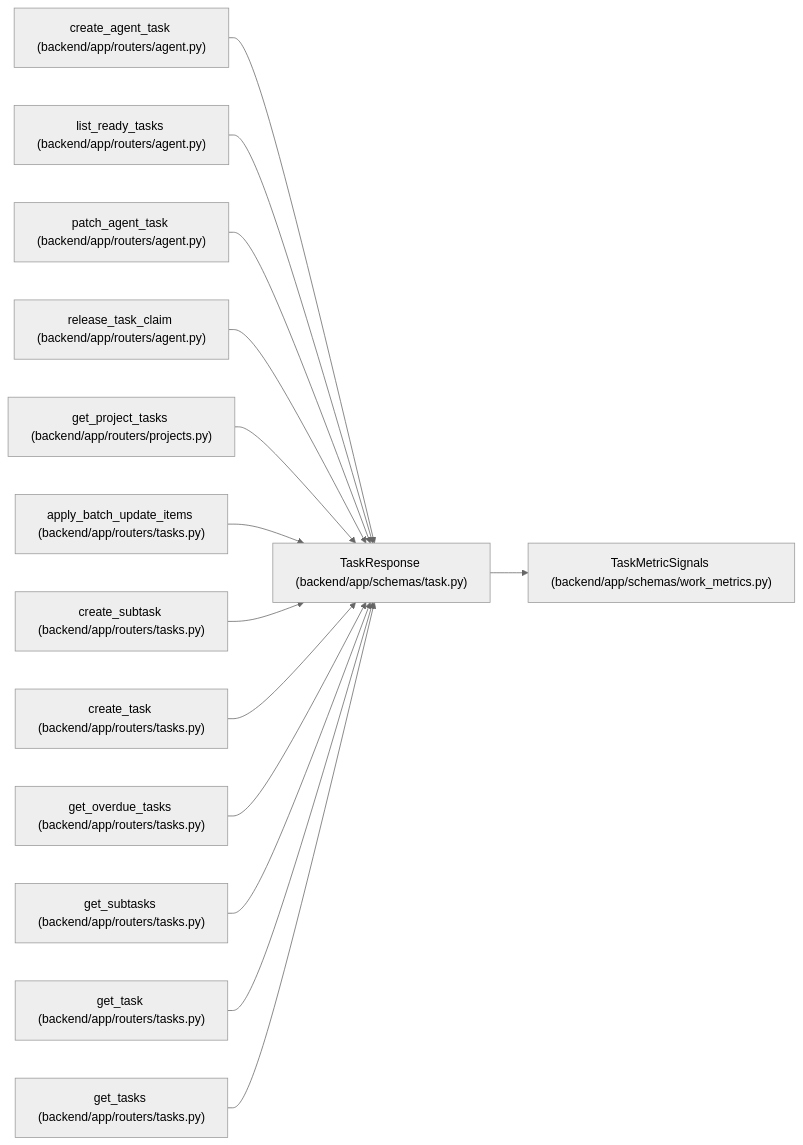
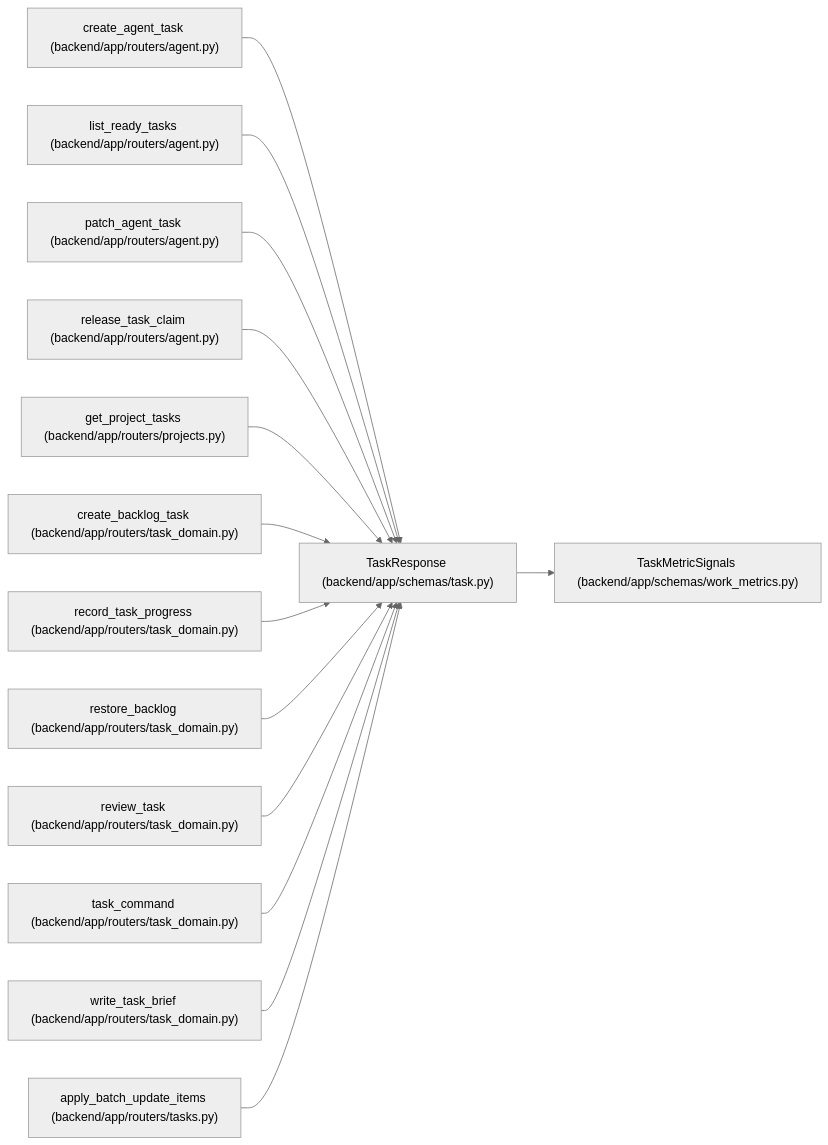
Before and after one commit to Denissvgn/WorkChord: the diagram in docs/llm_wiki/entities/TaskResponse.md, drawn with Mermaid (neutral theme). The commit also changed other lines of this file and 1238 other files, not shown here.

First line of the commit message:
docs(wiki): publish compact canonical domain architecture

````diff
--- a/docs/llm_wiki/entities/TaskResponse.md
+++ b/docs/llm_wiki/entities/TaskResponse.md
@@ -78,44 +94,44 @@
 ```mermaid
 flowchart LR
     n0["TaskResponse (backend/app/schemas/task.py)"]
     n1["TaskMetricSignals (backend/app/schemas/work_metrics.py)"]
     n2["create_agent_task (backend/app/routers/agent.py)"]
     n3["list_ready_tasks (backend/app/routers/agent.py)"]
     n4["patch_agent_task (backend/app/routers/agent.py)"]
     n5["release_task_claim (backend/app/routers/agent.py)"]
     n6["get_project_tasks (backend/app/routers/projects.py)"]
-    n7["apply_batch_update_items (backend/app/routers/tasks.py)"]
-    n8["create_subtask (backend/app/routers/tasks.py)"]
-    n9["create_task (backend/app/routers/tasks.py)"]
-    n10["get_overdue_tasks (backend/app/routers/tasks.py)"]
-    n11["get_subtasks (backend/app/routers/tasks.py)"]
-    n12["get_task (backend/app/routers/tasks.py)"]
-    n13["get_tasks (backend/app/routers/tasks.py)"]
+    n7["create_backlog_task (backend/app/routers/task_domain.py)"]
+    n8["record_task_progress (backend/app/routers/task_domain.py)"]
+    n9["restore_backlog (backend/app/routers/task_domain.py)"]
+    n10["review_task (backend/app/routers/task_domain.py)"]
+    n11["task_command (backend/app/routers/task_domain.py)"]
+    n12["write_task_brief (backend/app/routers/task_domain.py)"]
+    n13["apply_batch_update_items (backend/app/routers/tasks.py)"]
     n0 --> n1
     n2 --> n0
     n3 --> n0
     n4 --> n0
     n5 --> n0
     n6 --> n0
     n7 --> n0
     n8 --> n0
     n9 --> n0
     n10 --> n0
     n11 --> n0
     n12 --> n0
     n13 --> n0
     click n0 "../modules/schemas_task.md"
     click n1 "../modules/schemas_work_metrics.md"
     click n2 "../modules/routers_agent.md"
     click n3 "../modules/routers_agent.md"
     click n4 "../modules/routers_agent.md"
     click n5 "../modules/routers_agent.md"
     click n6 "../modules/projects.md"
-    click n7 "../modules/tasks.md"
-    click n8 "../modules/tasks.md"
-    click n9 "../modules/tasks.md"
-    click n10 "../modules/tasks.md"
-    click n11 "../modules/tasks.md"
-    click n12 "../modules/tasks.md"
+    click n7 "../modules/routers_task_domain.md"
+    click n8 "../modules/routers_task_domain.md"
+    click n9 "../modules/routers_task_domain.md"
+    click n10 "../modules/routers_task_domain.md"
+    click n11 "../modules/routers_task_domain.md"
+    click n12 "../modules/routers_task_domain.md"
     click n13 "../modules/tasks.md"
 ```
````
